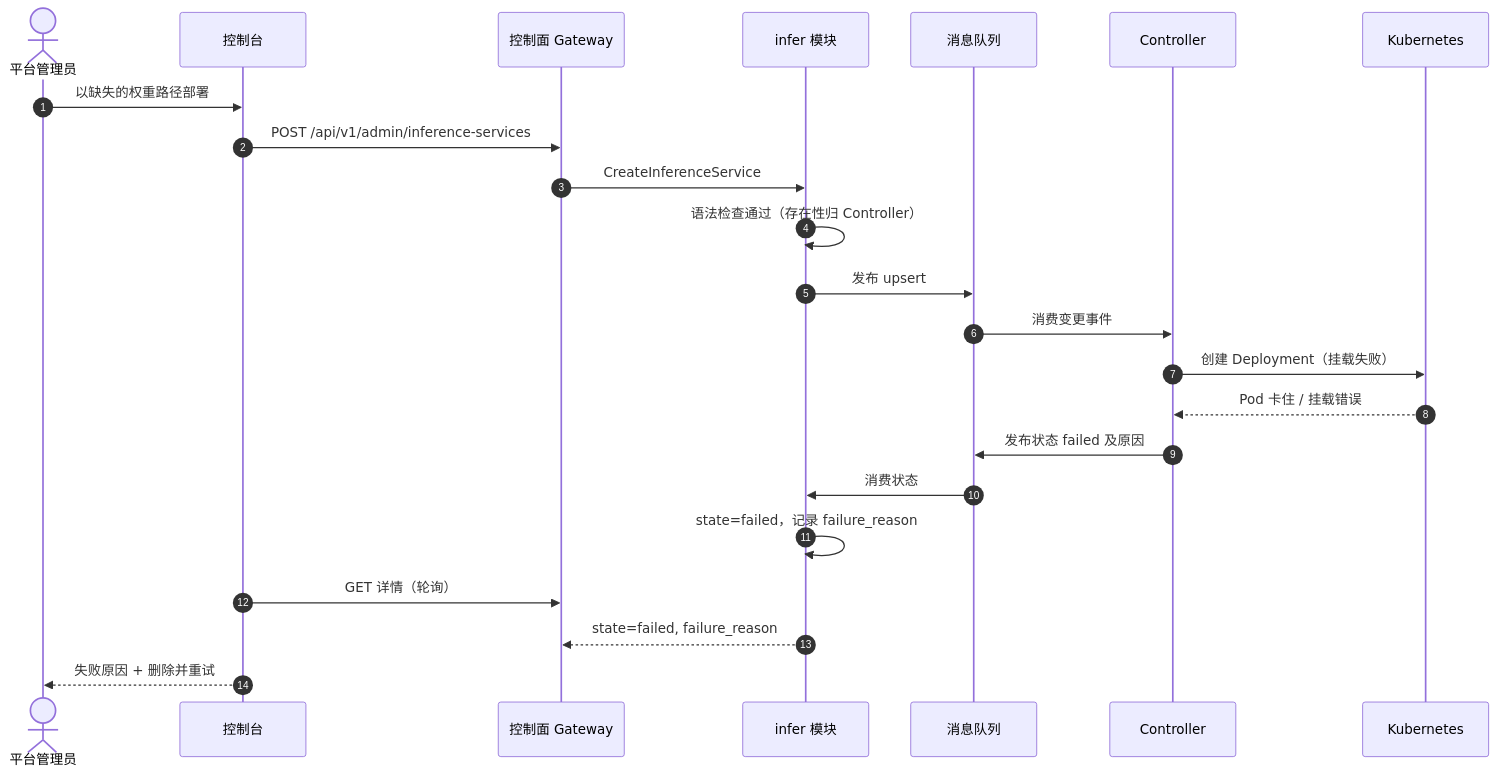
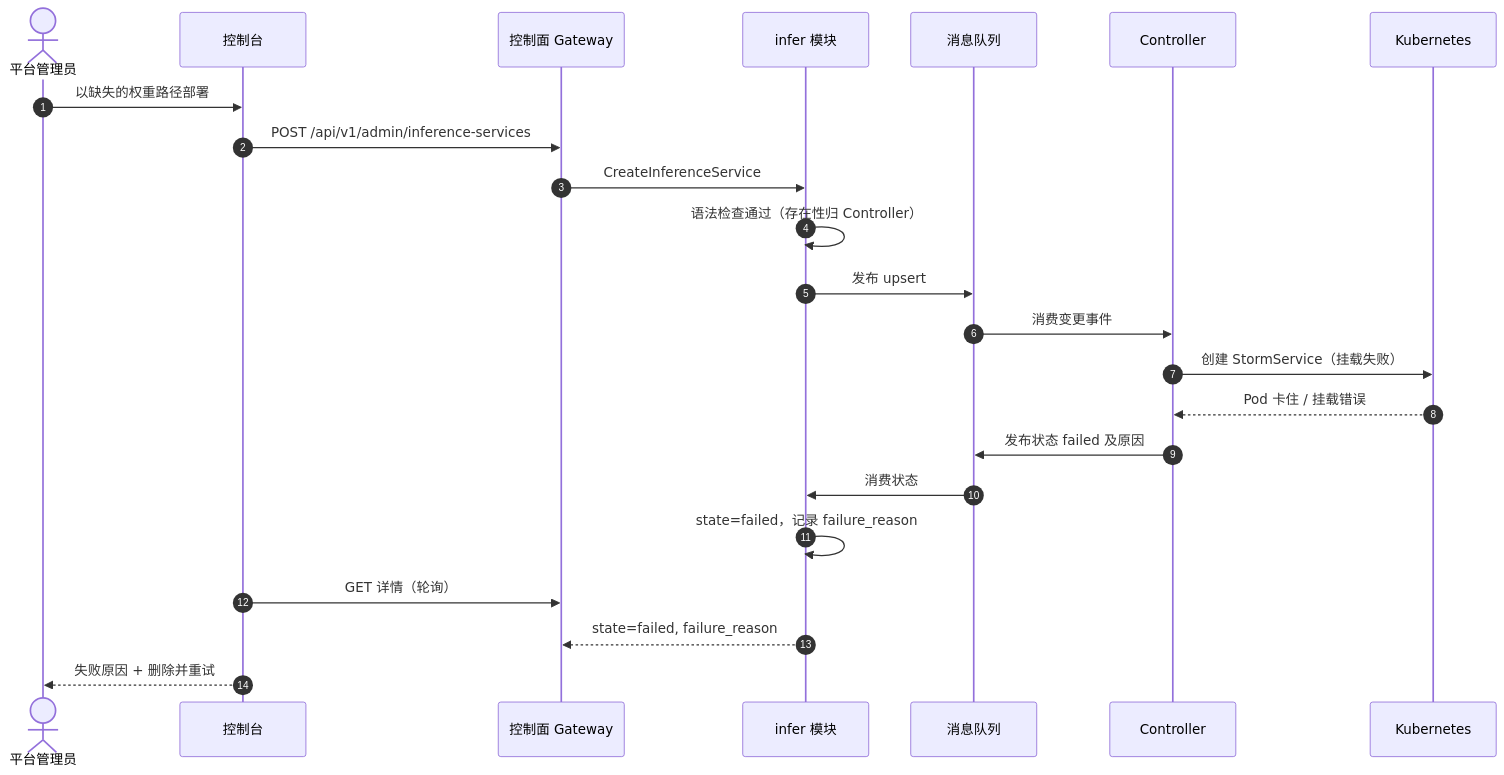
Before and after one commit to go-taas/go-taas: the fourth of 5 diagrams in site/docs/architecture/model-catalog-deployment.zh-cn.md, drawn with Mermaid. The commit also changed other lines of this file and 41 other files, not shown here.

````diff
--- a/site/docs/architecture/model-catalog-deployment.zh-cn.md
+++ b/site/docs/architecture/model-catalog-deployment.zh-cn.md
@@ -331,26 +363,26 @@
 ```mermaid
 sequenceDiagram
     autonumber
     actor Admin as 平台管理员
     participant Console as 控制台
     participant CGW as 控制面 Gateway
     participant Infer as infer 模块
     participant MQ as 消息队列
     participant CTRL as Controller
     participant K8s as Kubernetes
 
     Admin->>Console: 以缺失的权重路径部署
     Console->>CGW: POST /api/v1/admin/inference-services
     CGW->>Infer: CreateInferenceService
     Infer->>Infer: 语法检查通过（存在性归 Controller）
     Infer->>MQ: 发布 upsert
     MQ->>CTRL: 消费变更事件
-    CTRL->>K8s: 创建 Deployment（挂载失败）
+    CTRL->>K8s: 创建 StormService（挂载失败）
     K8s-->>CTRL: Pod 卡住 / 挂载错误
     CTRL->>MQ: 发布状态 failed 及原因
     MQ->>Infer: 消费状态
     Infer->>Infer: state=failed，记录 failure_reason
     Console->>CGW: GET 详情（轮询）
     Infer-->>CGW: state=failed, failure_reason
     Console-->>Admin: 失败原因 + 删除并重试
 ```
````
